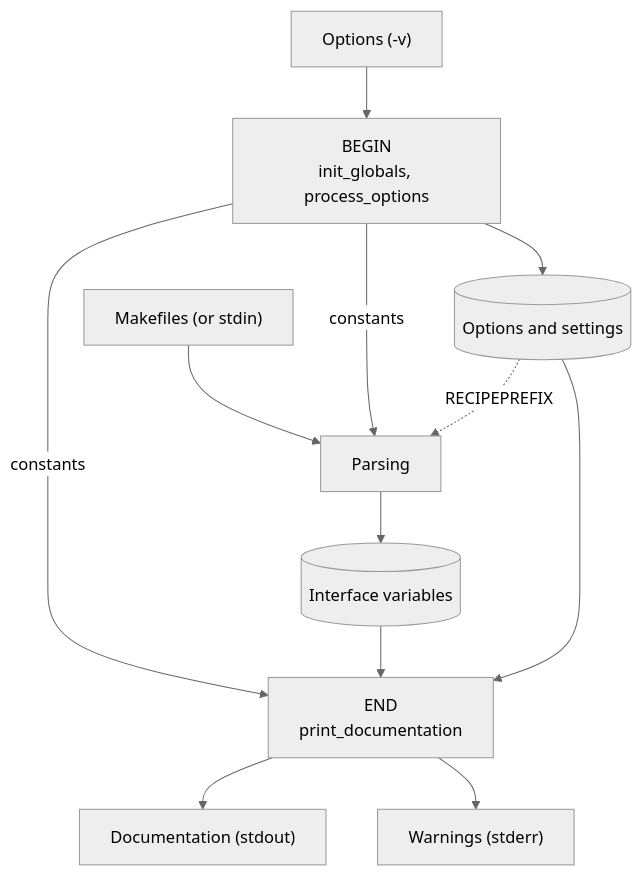
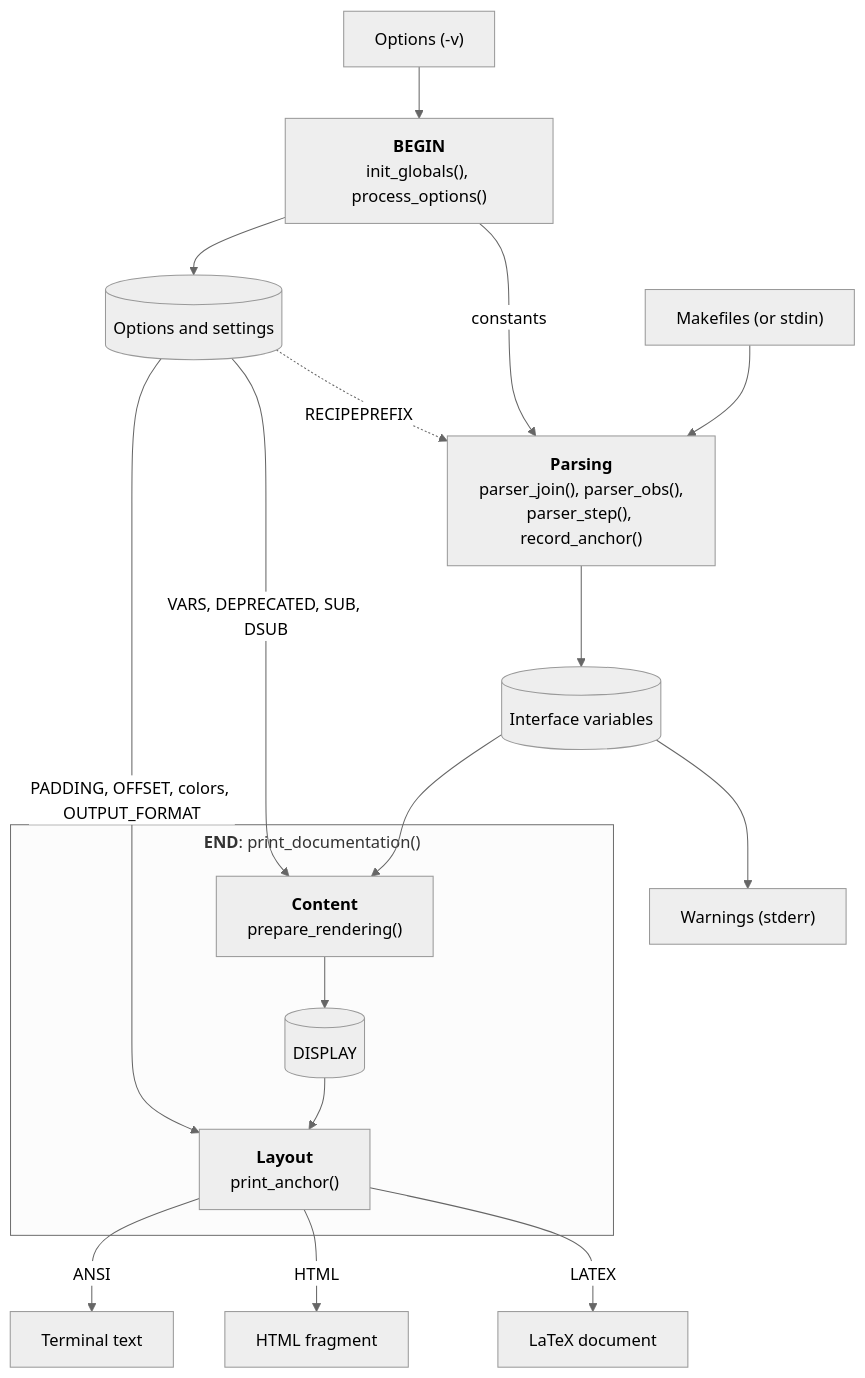
One commit to drdv/makefile-doc changed the diagram in test/README.md. Above: the diagram before and after it, drawn with Mermaid (neutral theme). The commit also changed other lines of this file, not shown here.

Commit message:
Show the rendering stages in the test README
The diagram splits END into content (prepare_rendering, DISPLAY) and
layout, with the options each one reads and the three output formats.
The example names ANCHORS and how its records are stored.

````diff
--- a/test/README.md
+++ b/test/README.md
@@ -293,22 +293,32 @@
 ```mermaid
 ---
 config:
   layout: dagre
   flowchart:
     curve: basis
+    subGraphTitleMargin:
+      top: 5
+      bottom: 20
 ---
 flowchart TD
-    options["Options (-v)"] --> begin["BEGIN<br/>init_globals, process_options"]
-    makefiles["Makefiles (or stdin)"] --> parsing["Parsing"]
+    options["Options (-v)"] --> begin["<b>BEGIN</b><br/>init_globals(), process_options()"]
+    makefiles["Makefiles (or stdin)"] --> parsing["<b>Parsing</b><br/>parser_join(), parser_obs(),<br/>parser_step(), record_anchor()"]
     begin -- "constants" --> parsing
     begin --> settings[("Options and settings")]
-    begin -- "constants" --> end_["END<br/>print_documentation"]
 
     settings -. "RECIPEPREFIX" .-> parsing
     parsing --> interface[("Interface variables")]
 
-    interface --> end_
-    settings --> end_
-    end_ --> stdout["Documentation (stdout)"]
-    end_ --> stderr["Warnings (stderr)"]
+    subgraph end_ ["<b>END</b>: print_documentation()"]
+        content["<b>Content</b><br/>prepare_rendering()"] --> display[("DISPLAY")]
+        display --> layout["<b>Layout</b><br/>print_anchor()"]
+    end
+
+    interface --> content
+    settings -- "VARS, DEPRECATED, SUB, DSUB" --> content
+    settings -- "PADDING, OFFSET, colors, OUTPUT_FORMAT" --> layout
+    layout -- "ANSI" --> ansi["Terminal text"]
+    layout -- "HTML" --> html["HTML fragment"]
+    layout -- "LATEX" --> latex["LaTeX document"]
+    interface --> stderr["Warnings (stderr)"]
 ```
````
